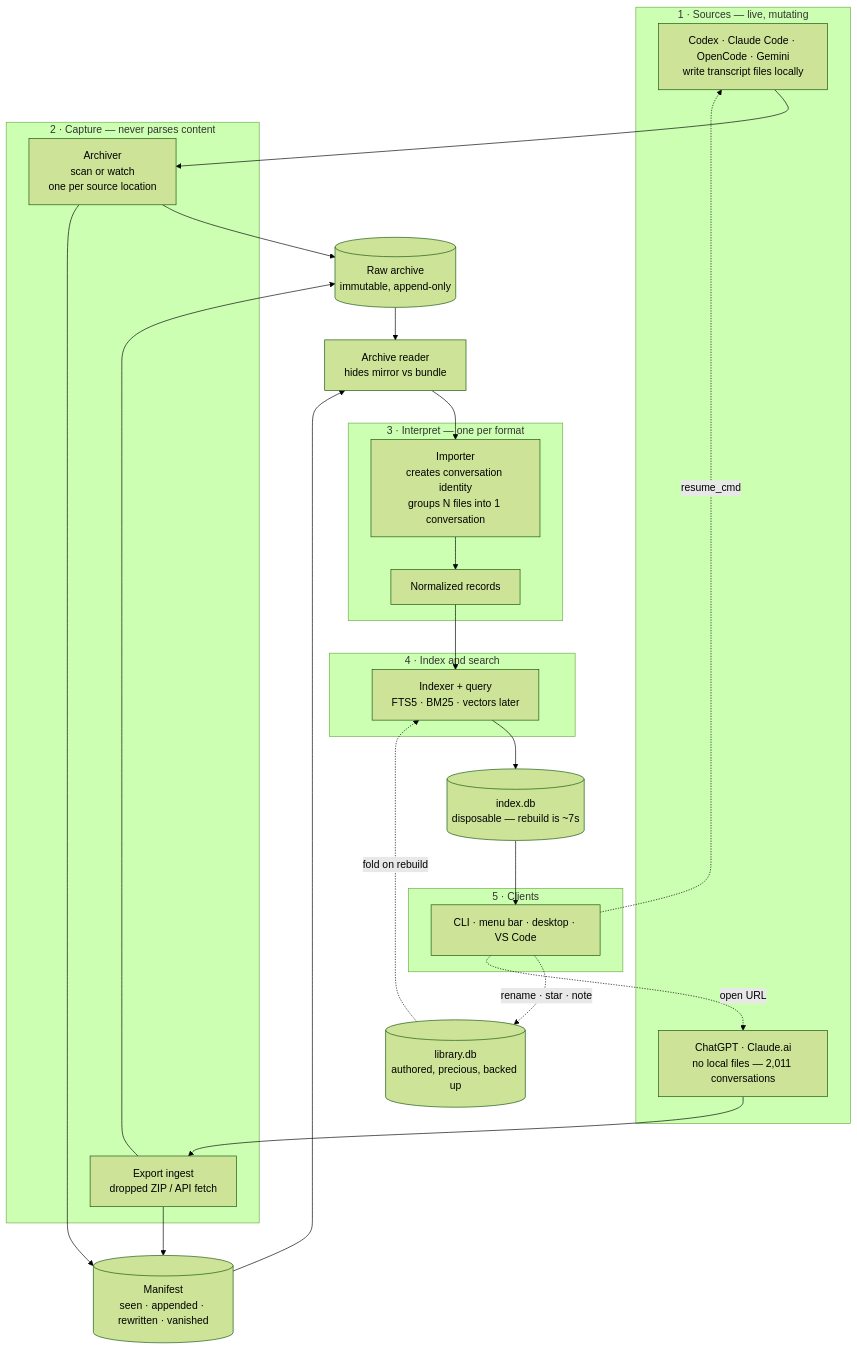
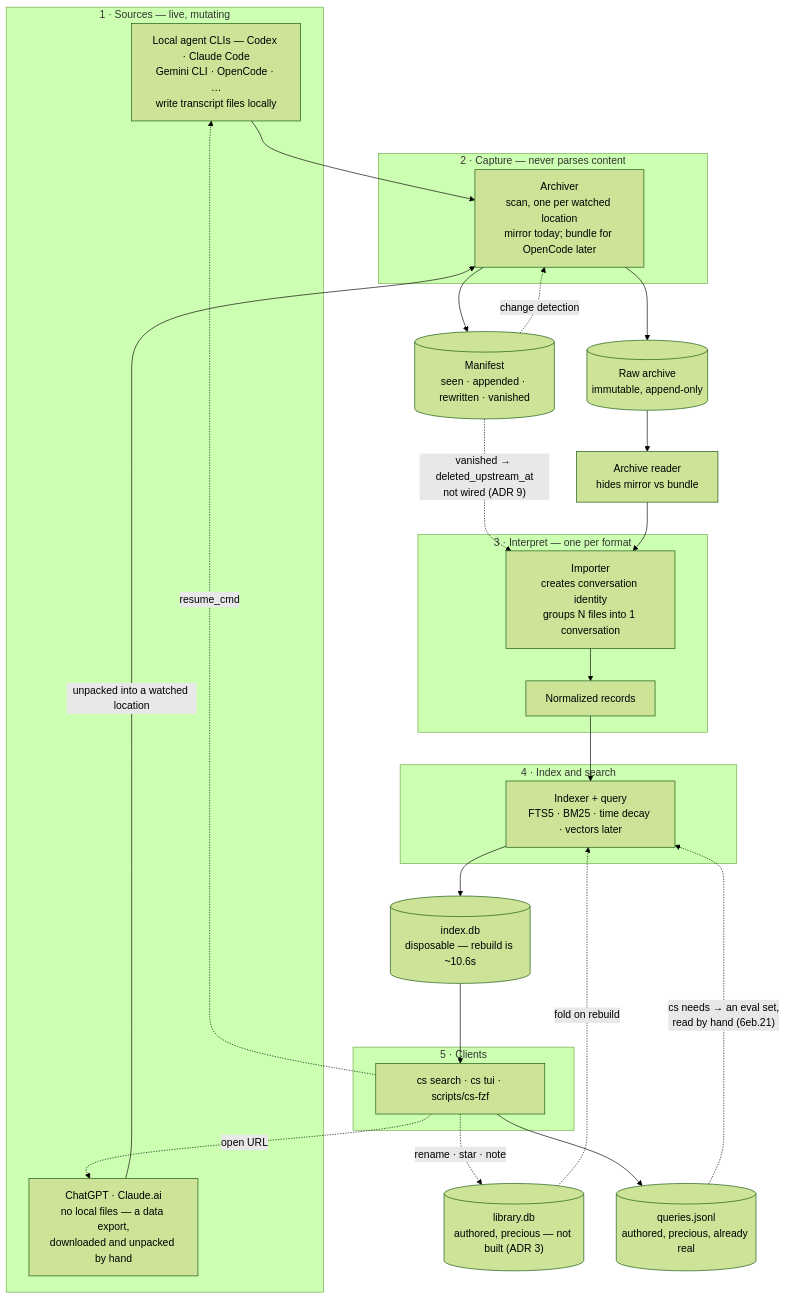
One commit to tylercrosse/chat-search changed the first of 2 diagrams in docs/ARCHITECTURE.md. Above: the diagram before and after it, drawn with Mermaid (forest theme). The commit also changed other lines of this file and 25 other files, not shown here.

First line of the commit message:
feat(tui): fold the preview, and read it in conversation order

````diff
--- a/docs/ARCHITECTURE.md
+++ b/docs/ARCHITECTURE.md
@@ -18,50 +23,51 @@
 ```mermaid
 flowchart TB
     subgraph SRC["1 · Sources — live, mutating"]
-        LOCAL["Codex · Claude Code · OpenCode · Gemini<br/>write transcript files locally"]
-        REMOTE["ChatGPT · Claude.ai<br/>no local files — 2,011 conversations"]
+        LOCAL["Local agent CLIs — Codex · Claude Code<br/>Gemini CLI · OpenCode · …<br/>write transcript files locally"]
+        REMOTE["ChatGPT · Claude.ai<br/>no local files — a data export,<br/>downloaded and unpacked by hand"]
     end
 
     subgraph CAP["2 · Capture — never parses content"]
-        ARCH["Archiver<br/>scan or watch<br/>one per source location"]
-        INGEST["Export ingest<br/>dropped ZIP / API fetch"]
+        ARCH["Archiver<br/>scan, one per watched location<br/>mirror today; bundle for OpenCode later"]
     end
 
     RAW[("Raw archive<br/>immutable, append-only")]
     MAN[("Manifest<br/>seen · appended · rewritten · vanished")]
     READER["Archive reader<br/>hides mirror vs bundle"]
 
     subgraph INT["3 · Interpret — one per format"]
         IMP["Importer<br/>creates conversation identity<br/>groups N files into 1 conversation"]
         NORM["Normalized records"]
     end
 
     subgraph IDXG["4 · Index and search"]
-        INDEXER["Indexer + query<br/>FTS5 · BM25 · vectors later"]
+        INDEXER["Indexer + query<br/>FTS5 · BM25 · time decay · vectors later"]
     end
 
-    DB[("index.db<br/>disposable — rebuild is ~7s")]
-    LIB[("library.db<br/>authored, precious, backed up")]
+    DB[("index.db<br/>disposable — rebuild is ~10.6s")]
+    LIB[("library.db<br/>authored, precious — not built (ADR 3)")]
+    QLOG[("queries.jsonl<br/>authored, precious, already real")]
 
     subgraph CL["5 · Clients"]
-        CLIENTS["CLI · menu bar · desktop · VS Code"]
+        CLIENTS["cs search · cs tui · scripts/cs-fzf"]
     end
 
     LOCAL --> ARCH
-    REMOTE --> INGEST
+    REMOTE -->|"unpacked into a watched location"| ARCH
     ARCH --> RAW
     ARCH --> MAN
-    INGEST --> RAW
-    INGEST --> MAN
+    MAN -. "change detection" .-> ARCH
     RAW --> READER
-    MAN --> READER
+    MAN -. "vanished → deleted_upstream_at<br/>not wired (ADR 9)" .-> IMP
     READER --> IMP
     IMP --> NORM
     NORM --> INDEXER
     LIB -. "fold on rebuild" .-> INDEXER
     INDEXER --> DB
     DB --> CLIENTS
+    CLIENTS --> QLOG
+    QLOG -. "cs needs → an eval set,<br/>read by hand (6eb.21)" .-> INDEXER
     CLIENTS -. "rename · star · note" .-> LIB
     CLIENTS -. "resume_cmd" .-> LOCAL
     CLIENTS -. "open URL" .-> REMOTE
 ```
````
